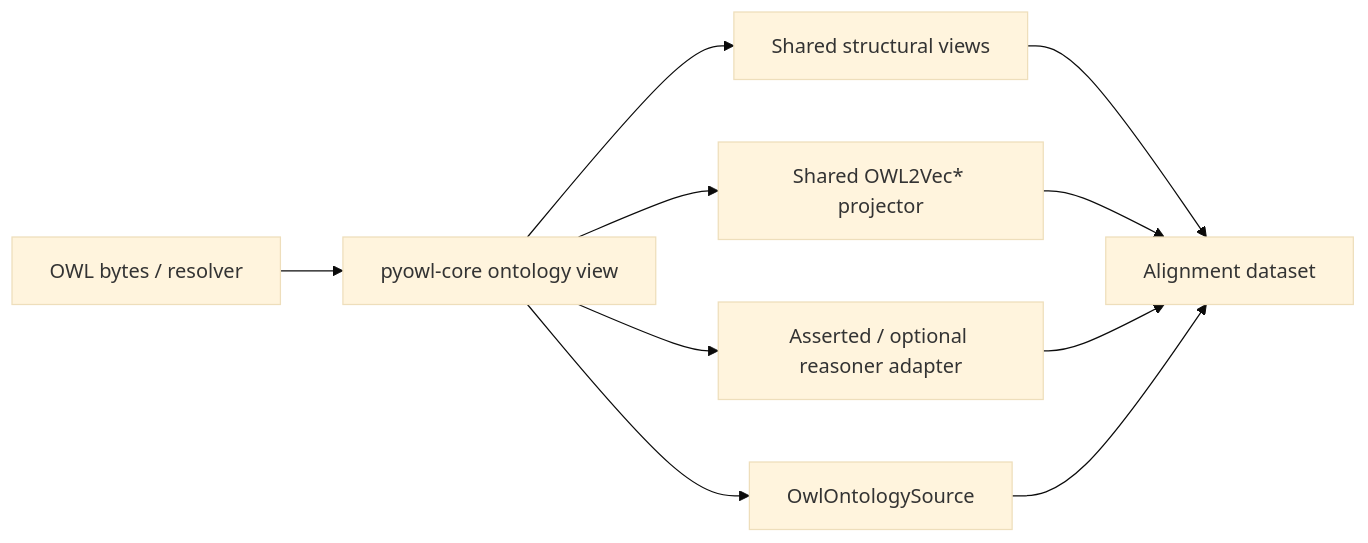
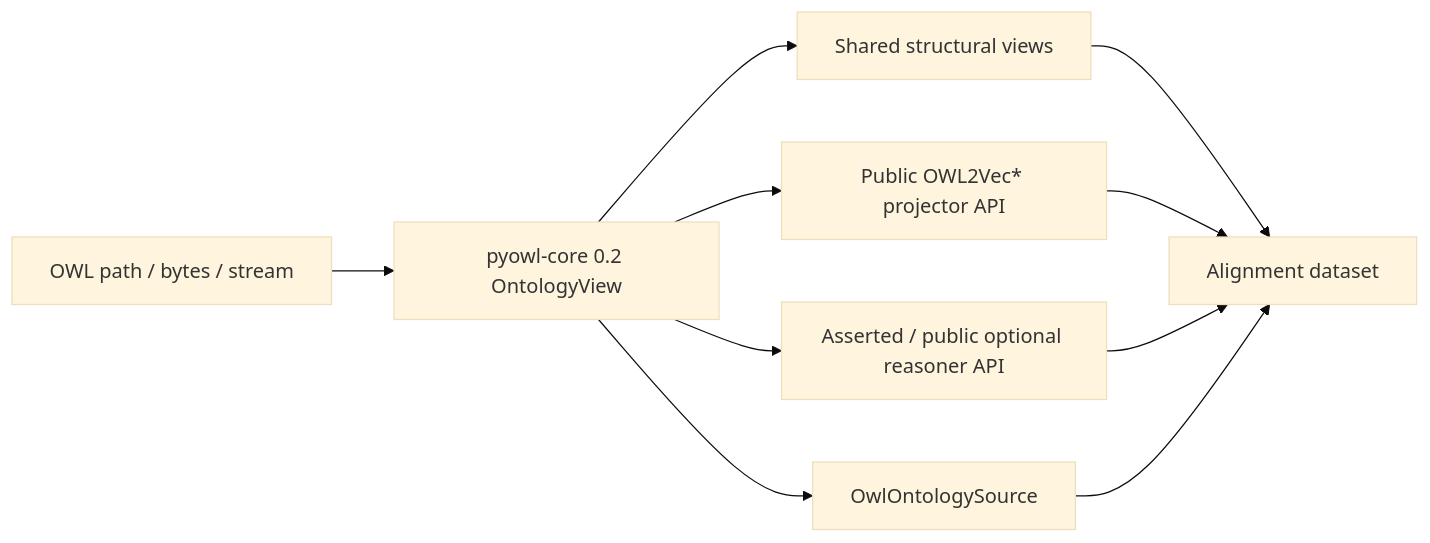
Before and after one commit to liseda-lab/Exact-OM: the second of 2 diagrams in docs/concepts/architecture.md, drawn with Mermaid (base theme). The commit also changed other lines of this file and 12 other files, not shown here.

````diff
--- a/docs/concepts/architecture.md
+++ b/docs/concepts/architecture.md
@@ -40,12 +40,12 @@
 ```mermaid
 flowchart LR
-    Bytes[OWL bytes / resolver] --> Core[pyowl-core ontology view]
+    Input[OWL path / bytes / stream] --> Core[pyowl-core 0.2 OntologyView]
     Core --> Facade[OwlOntologySource]
     Core --> Views[Shared structural views]
-    Core --> Projector[Shared OWL2Vec* projector]
-    Core --> Reasoner[Asserted / optional reasoner adapter]
+    Core --> Projector[Public OWL2Vec* projector API]
+    Core --> Reasoner[Asserted / public optional reasoner API]
     Views --> Dataset[Alignment dataset]
     Projector --> Dataset
     Reasoner --> Dataset
     Facade --> Dataset
 ```
````
